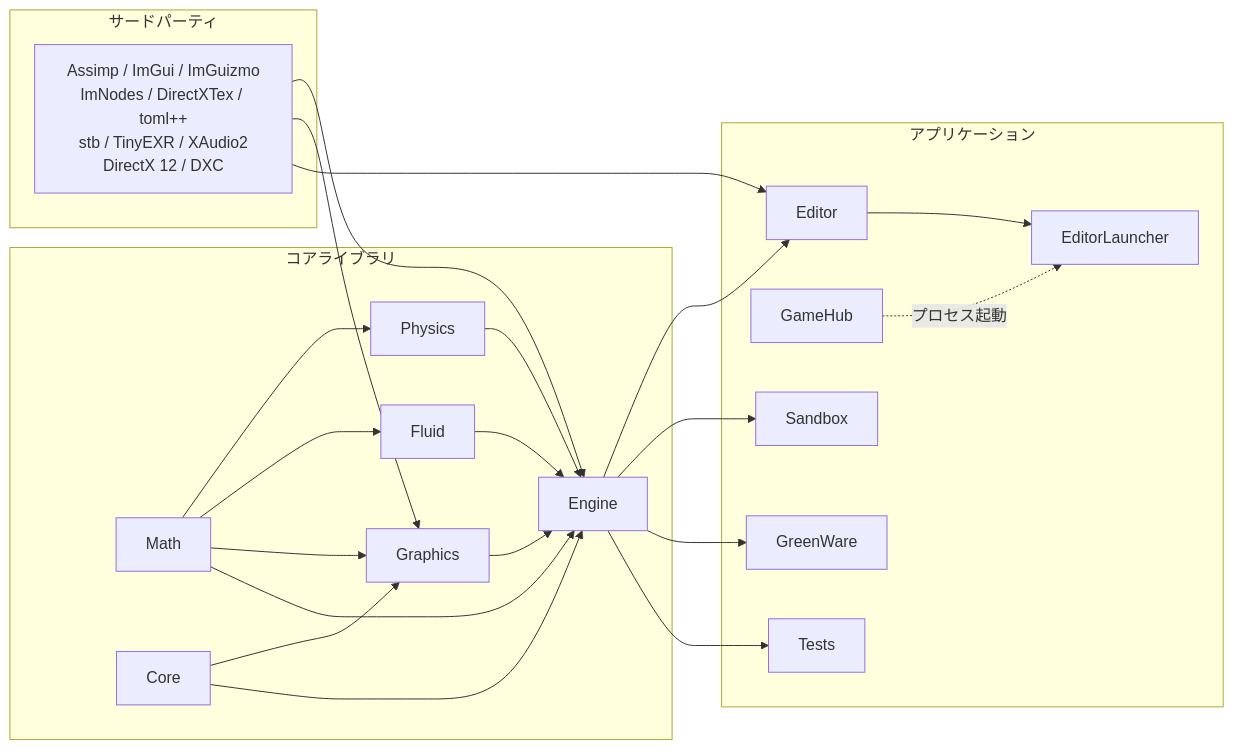
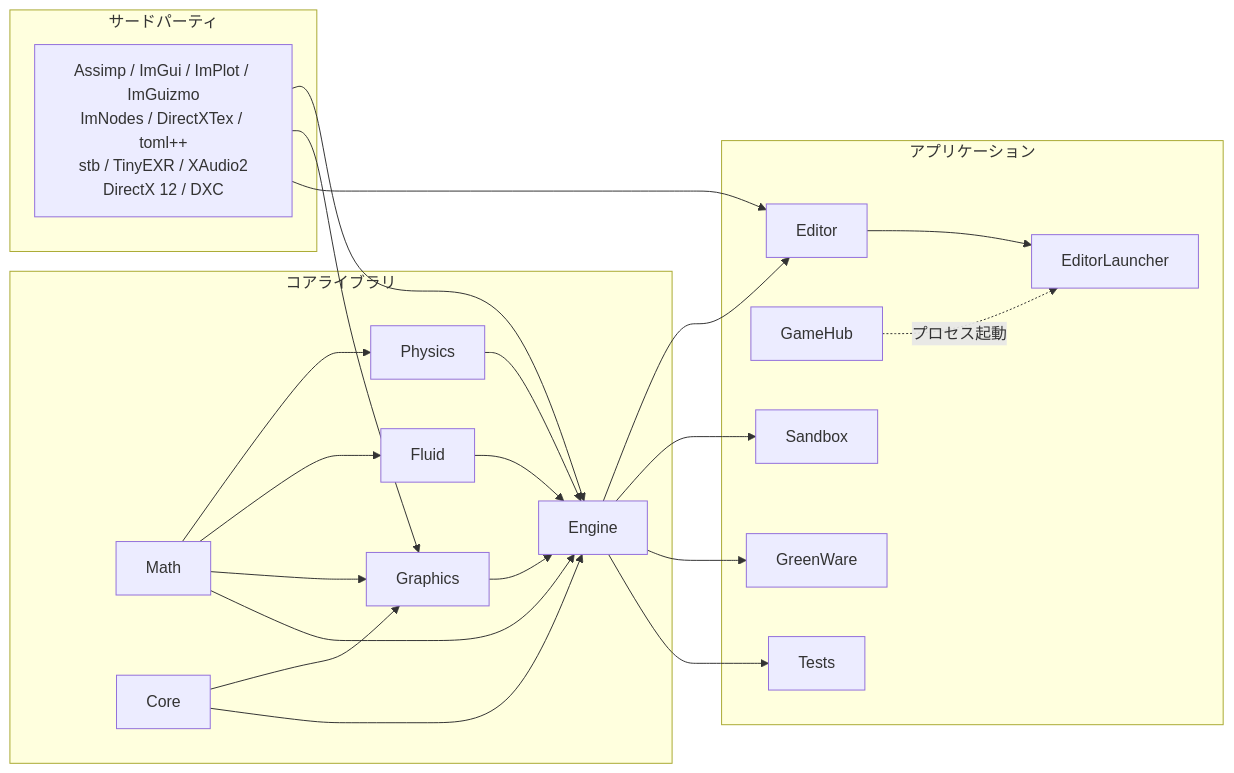
Before and after one commit to HasegawaJin/FBZZ_Engine: the first of 3 diagrams in README.md, drawn with Mermaid. The commit also changed other lines of this file and 12 other files, not shown here.

````diff
--- a/README.md
+++ b/README.md
@@ -147,43 +147,43 @@
 ```mermaid
 graph LR
     subgraph サードパーティ
-        TP["Assimp / ImGui / ImGuizmo\nImNodes / DirectXTex / toml++\nstb / TinyEXR / XAudio2\nDirectX 12 / DXC"]
+        TP["Assimp / ImGui / ImPlot / ImGuizmo\nImNodes / DirectXTex / toml++\nstb / TinyEXR / XAudio2\nDirectX 12 / DXC"]
     end
 
     subgraph コアライブラリ
         Math
         Core
         Graphics
         Physics
         Fluid
         Engine
     end
 
     subgraph アプリケーション
         Editor
         EditorLauncher
         GameHub
         Sandbox
         GreenWare
         Tests
     end
 
     Math --> Physics
     Math --> Fluid
     Math --> Graphics
     Core --> Graphics
     Core --> Engine
     Graphics --> Engine
     Fluid --> Engine
     Math --> Engine
     Physics --> Engine
     TP --> Engine
     TP --> Graphics
     TP --> Editor
     Engine --> Editor
     Engine --> Sandbox
     Engine --> GreenWare
     Engine --> Tests
     Editor --> EditorLauncher
     GameHub -. プロセス起動 .-> EditorLauncher
 ```
````
